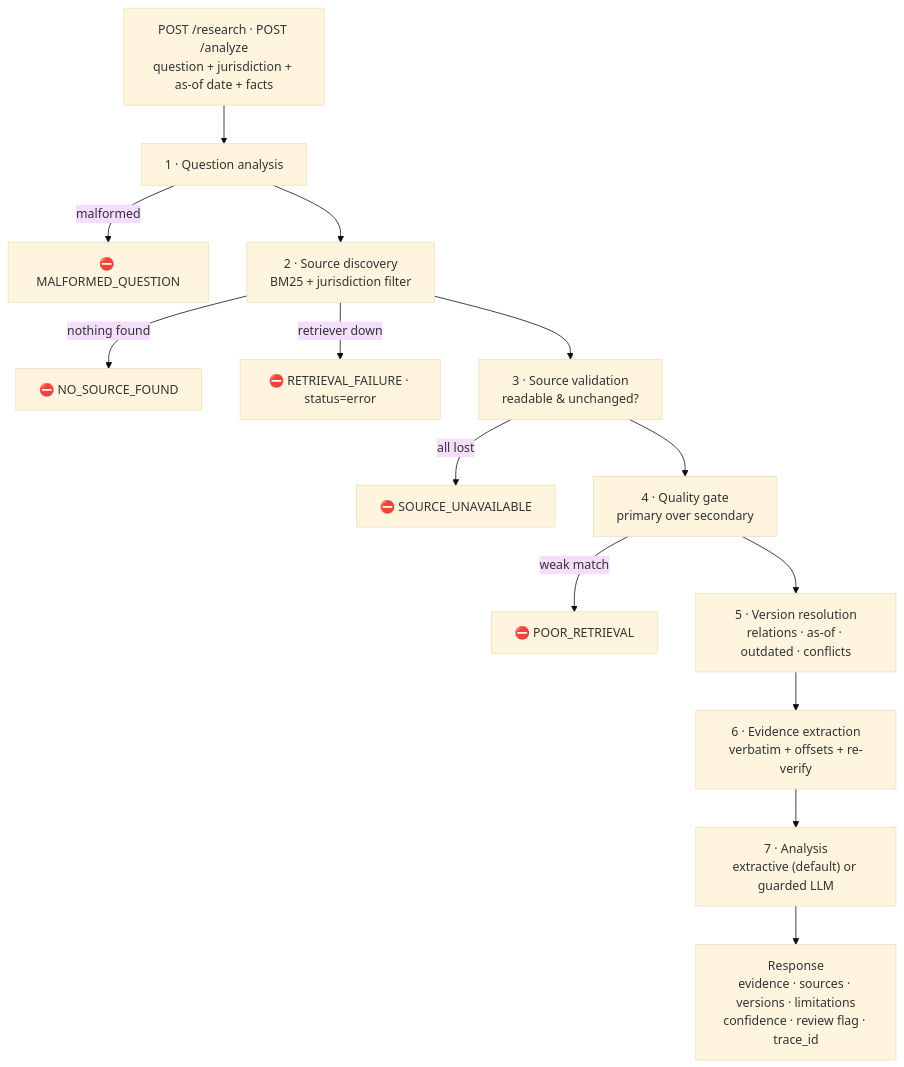
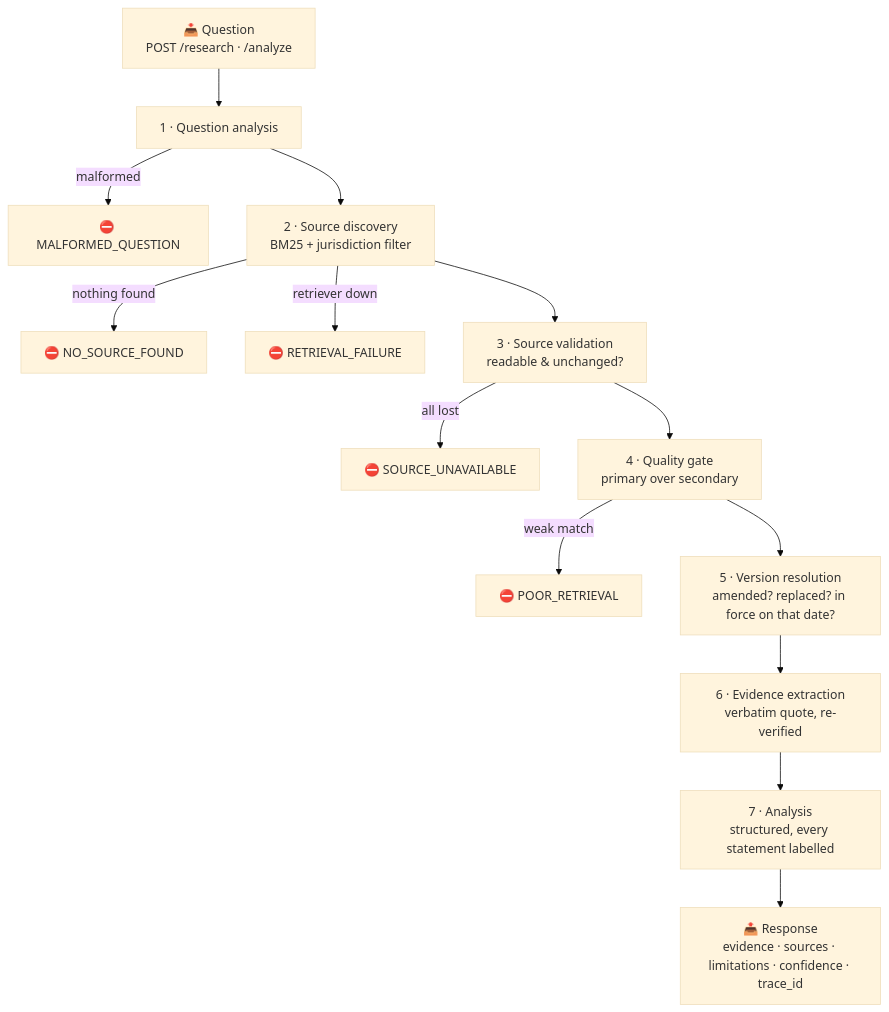
One commit to SrushtiSurwase-14/legal-intelligence changed the diagram in README.md. Above: the diagram before and after it, drawn with Mermaid (base theme). The commit also changed other lines of this file, not shown here.

````diff
--- a/README.md
+++ b/README.md
@@ -126,16 +32,16 @@
 ```mermaid
 flowchart TD
-  A["POST /research · POST /analyze<br/>question + jurisdiction + as-of date + facts"] --> B["1 · Question analysis"]
+  A["📥 Question<br/>POST /research · /analyze"] --> B["1 · Question analysis"]
   B -- malformed --> X["⛔ MALFORMED_QUESTION"]
   B --> C["2 · Source discovery<br/>BM25 + jurisdiction filter"]
   C -- nothing found --> Y["⛔ NO_SOURCE_FOUND"]
-  C -- retriever down --> Z["⛔ RETRIEVAL_FAILURE · status=error"]
+  C -- retriever down --> Z["⛔ RETRIEVAL_FAILURE"]
   C --> D["3 · Source validation<br/>readable & unchanged?"]
   D -- all lost --> W["⛔ SOURCE_UNAVAILABLE"]
   D --> E["4 · Quality gate<br/>primary over secondary"]
   E -- weak match --> V["⛔ POOR_RETRIEVAL"]
-  E --> F["5 · Version resolution<br/>relations · as-of · outdated · conflicts"]
-  F --> G["6 · Evidence extraction<br/>verbatim + offsets + re-verify"]
-  G --> H["7 · Analysis<br/>extractive (default) or guarded LLM"]
-  H --> I["Response<br/>evidence · sources · versions · limitations<br/>confidence · review flag · trace_id"]
+  E --> F["5 · Version resolution<br/>amended? replaced? in force on that date?"]
+  F --> G["6 · Evidence extraction<br/>verbatim quote, re-verified"]
+  G --> H["7 · Analysis<br/>structured, every statement labelled"]
+  H --> I["📤 Response<br/>evidence · sources · limitations · confidence · trace_id"]
 ```
````
